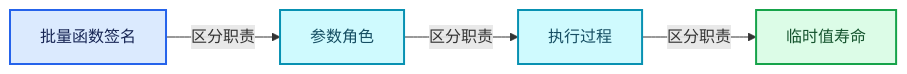
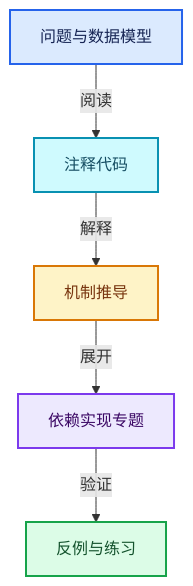
One commit to yunkezengren/blender-.vscode changed the first of 2 diagrams in 杂/markdown/全面学习-codex/07-MultiFunction与批量执行/README.md. Above: the diagram before and after it, drawn with Mermaid. The commit also changed other lines of this file and 1930 other files, not shown here.

````diff
--- a/杂/markdown/全面学习-codex/07-MultiFunction与批量执行/README.md
+++ b/杂/markdown/全面学习-codex/07-MultiFunction与批量执行/README.md
@@ -31,16 +24,18 @@
 ```mermaid
-flowchart LR
-  C0["批量函数签名"]:::input
-  C1["参数角色"]:::data
-  C2["执行过程"]:::data
-  C3["临时值寿命"]:::result
-  C0 -->|"区分职责"| C1
-  C1 -->|"区分职责"| C2
-  C2 -->|"区分职责"| C3
+flowchart TB
+  A["问题与数据模型"]:::input
+  B["注释代码"]:::data
+  C["机制推导"]:::compute
+  D["依赖实现专题"]:::abstraction
+  E["反例与练习"]:::result
+  A -->|"阅读"| B
+  B -->|"解释"| C
+  C -->|"展开"| D
+  D -->|"验证"| E
   classDef input fill:#DBEAFE,stroke:#2563EB,color:#172554,stroke-width:2px;
   classDef data fill:#CFFAFE,stroke:#0891B2,color:#164E63,stroke-width:2px;
   classDef abstraction fill:#EDE9FE,stroke:#7C3AED,color:#3B0764,stroke-width:2px;
   classDef compute fill:#FEF3C7,stroke:#D97706,color:#78350F,stroke-width:2px;
   classDef result fill:#DCFCE7,stroke:#16A34A,color:#14532D,stroke-width:2px;
   classDef error fill:#FEE2E2,stroke:#DC2626,color:#7F1D1D,stroke-width:2px;
 ```
````
